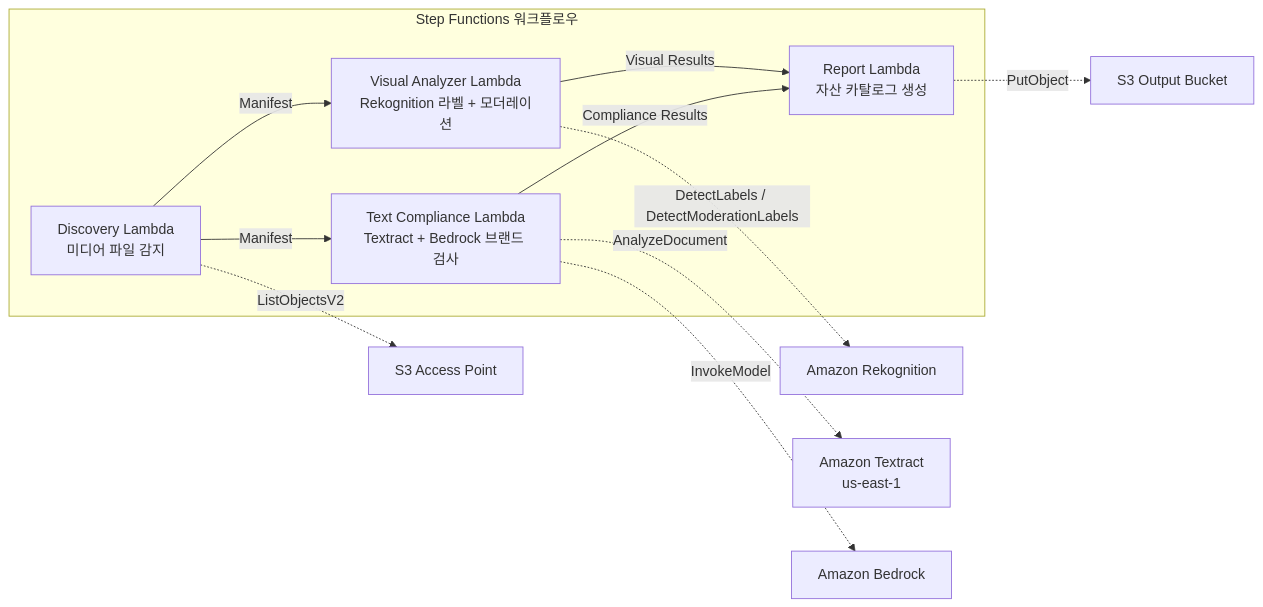
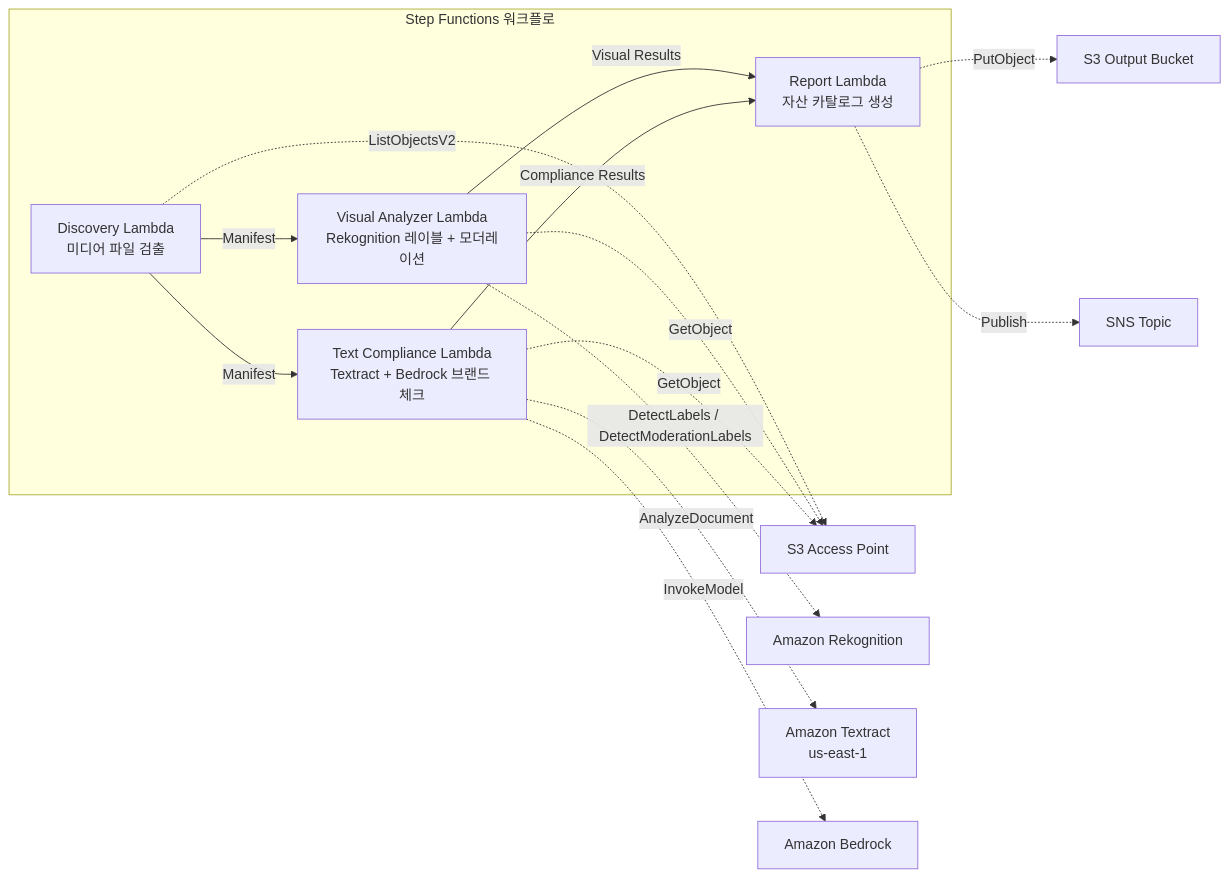
One commit to Yoshiki0705/FSx-for-ONTAP-S3AccessPoints-Serverless-Patterns changed the diagram in solutions/industry/adtech-creative-management/README.ko.md. Above: the diagram before and after it, drawn with Mermaid. The commit also changed other lines of this file and 20 other files, not shown here.

````diff
--- a/solutions/industry/adtech-creative-management/README.ko.md
+++ b/solutions/industry/adtech-creative-management/README.ko.md
@@ -48,20 +60,23 @@
 ```mermaid
 graph LR
-    subgraph "Step Functions 워크플로우"
-        D[Discovery Lambda<br/>미디어 파일 감지]
-        VA[Visual Analyzer Lambda<br/>Rekognition 라벨 + 모더레이션]
-        TC[Text Compliance Lambda<br/>Textract + Bedrock 브랜드 검사]
+    subgraph "Step Functions 워크플로"
+        D[Discovery Lambda<br/>미디어 파일 검출]
+        VA[Visual Analyzer Lambda<br/>Rekognition 레이블 + 모더레이션]
+        TC[Text Compliance Lambda<br/>Textract + Bedrock 브랜드 체크]
         R[Report Lambda<br/>자산 카탈로그 생성]
     end
 
     D -->|Manifest| VA
     D -->|Manifest| TC
     VA -->|Visual Results| R
     TC -->|Compliance Results| R
 
     D -.->|ListObjectsV2| S3AP[S3 Access Point]
+    VA -.->|GetObject| S3AP
     VA -.->|DetectLabels / DetectModerationLabels| REK[Amazon Rekognition]
+    TC -.->|GetObject| S3AP
     TC -.->|AnalyzeDocument| TXT[Amazon Textract<br/>us-east-1]
     TC -.->|InvokeModel| BDR[Amazon Bedrock]
     R -.->|PutObject| S3OUT[S3 Output Bucket]
+    R -.->|Publish| SNS[SNS Topic]
 ```
````
